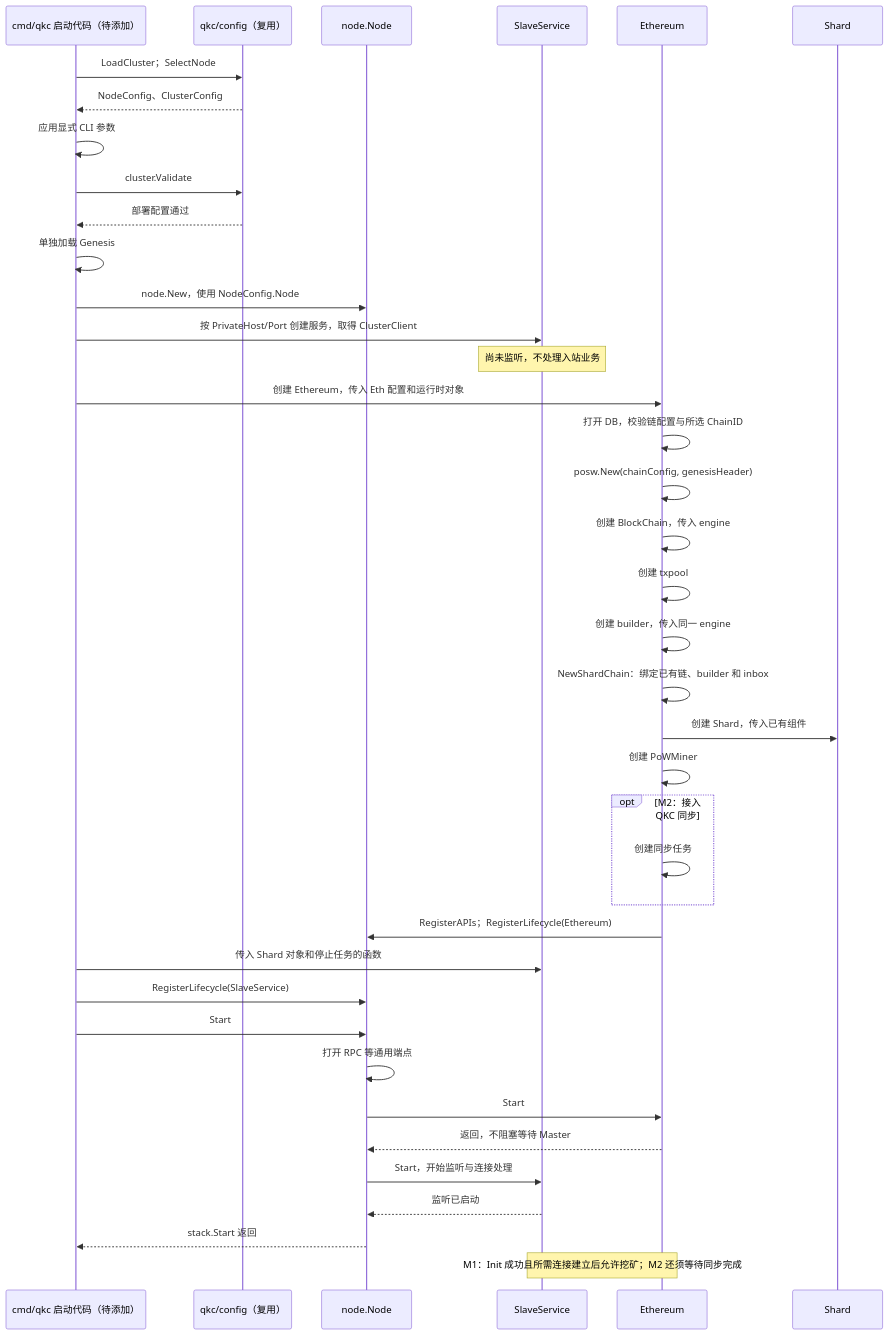
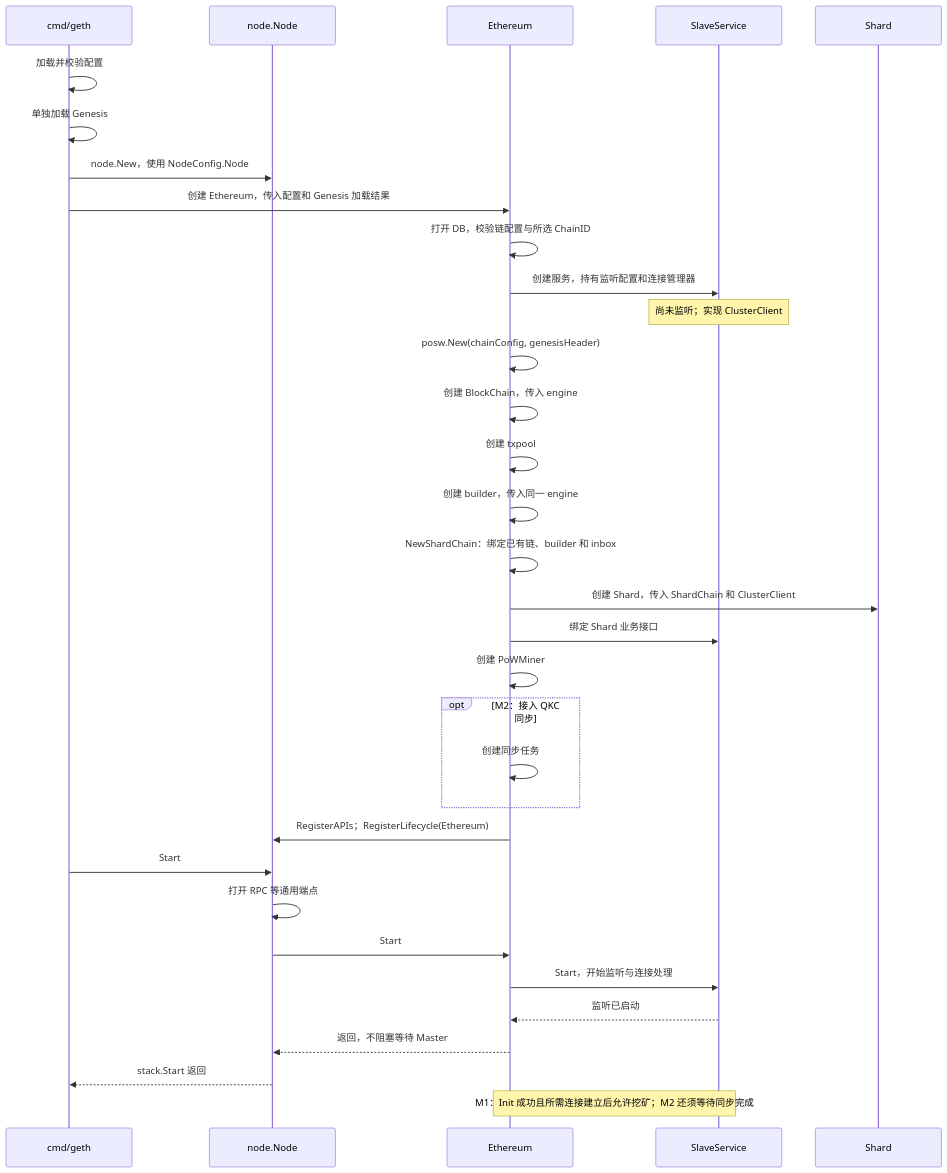
One commit to QuarkChain/modernized-qkc changed the second of 6 diagrams in docs/shard-ethereum-integration-design.md. Above: the diagram before and after it, drawn with Mermaid. The commit also changed other lines of this file and 6 other files, not shown here.

````diff
--- a/docs/shard-ethereum-integration-design.md
+++ b/docs/shard-ethereum-integration-design.md
@@ -154,41 +150,42 @@
 ```mermaid
+---
+config:
+  sequence:
+    width: 210
+    actorMargin: 56
+    messageMargin: 22
+---
 sequenceDiagram
-    participant CMD as cmd/qkc 启动代码（待添加）
-    participant CFG as qkc/config（复用）
+    participant CMD as cmd/geth
     participant N as node.Node
+    participant E as Ethereum
     participant SS as SlaveService
-    participant E as Ethereum
     participant S as Shard
-    CMD->>CFG: LoadCluster；SelectNode
-    CFG-->>CMD: NodeConfig、ClusterConfig
-    CMD->>CMD: 应用显式 CLI 参数
-    CMD->>CFG: cluster.Validate
-    CFG-->>CMD: 部署配置通过
+    CMD->>CMD: 加载并校验配置
     CMD->>CMD: 单独加载 Genesis
     CMD->>N: node.New，使用 NodeConfig.Node
-    CMD->>SS: 按 PrivateHost/Port 创建服务，取得 ClusterClient
-    Note over SS: 尚未监听，不处理入站业务
-    CMD->>E: 创建 Ethereum，传入 Eth 配置和运行时对象
+    CMD->>E: 创建 Ethereum，传入配置和 Genesis 加载结果
     E->>E: 打开 DB，校验链配置与所选 ChainID
+    E->>SS: 创建服务，持有监听配置和连接管理器
+    Note over SS: 尚未监听；实现 ClusterClient
     E->>E: nowrap: posw.New(chainConfig, genesisHeader)
     E->>E: nowrap: 创建 BlockChain，传入 engine
     E->>E: 创建 txpool
     E->>E: nowrap: 创建 builder，传入同一 engine
     E->>E: NewShardChain：绑定已有链、builder 和 inbox
-    E->>S: 创建 Shard，传入已有组件
+    E->>S: 创建 Shard，传入 ShardChain 和 ClusterClient
+    E->>SS: 绑定 Shard 业务接口
     E->>E: 创建 PoWMiner
     opt M2：接入 QKC 同步
         E->>E: 创建同步任务
     end
     E->>N: RegisterAPIs；RegisterLifecycle(Ethereum)
-    CMD->>SS: 传入 Shard 对象和停止任务的函数
-    CMD->>N: RegisterLifecycle(SlaveService)
     CMD->>N: Start
     N->>N: 打开 RPC 等通用端点
     N->>E: Start
+    E->>SS: Start，开始监听与连接处理
+    SS-->>E: 监听已启动
     E-->>N: 返回，不阻塞等待 Master
-    N->>SS: Start，开始监听与连接处理
-    SS-->>N: 监听已启动
     N-->>CMD: stack.Start 返回
     Note over E,SS: M1：Init 成功且所需连接建立后允许挖矿；M2 还须等待同步完成
 ```
````
